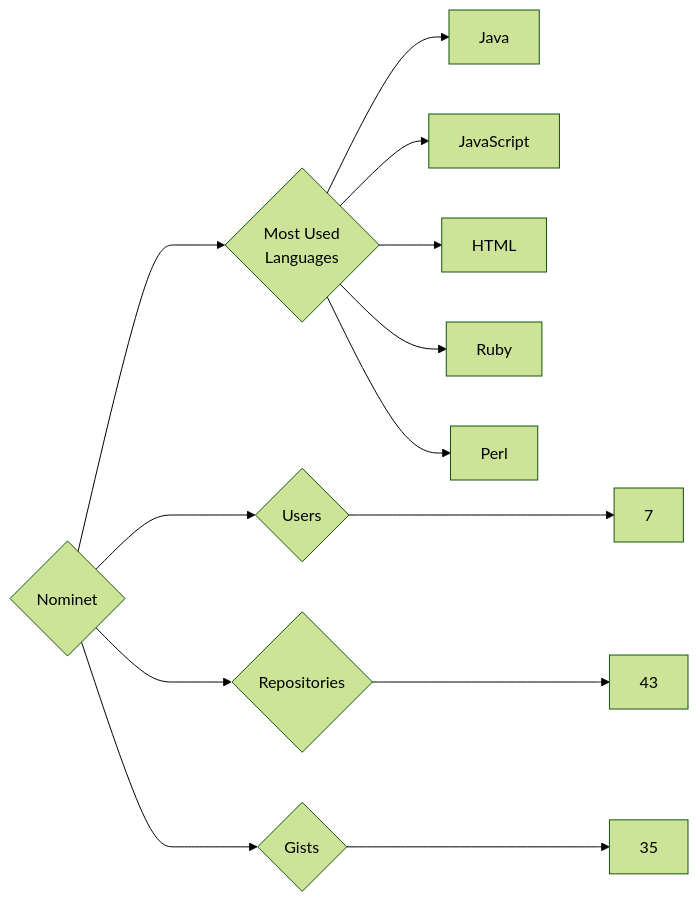
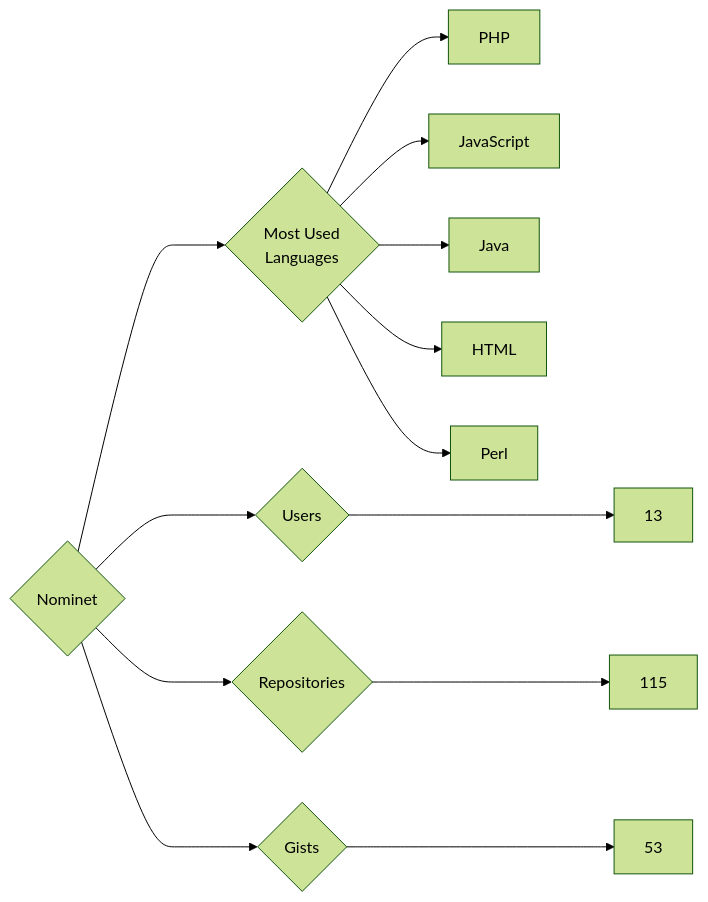
One commit to trickest/insiders changed the diagram in targets/Nominet/README.md. Above: the diagram before and after it, drawn with Mermaid (forest theme). The commit also changed 1484 other files, not shown here.

````diff
--- a/targets/Nominet/README.md
+++ b/targets/Nominet/README.md
@@ -3,13 +3,13 @@
 ```mermaid
 graph LR
 COMPANY_NAME{Nominet}
-COMPANY_NAME ---> U{Users} ---> UN[7]
-COMPANY_NAME ---> R{Repositories} ---> RN[43]
-COMPANY_NAME ---> G{Gists} ---> GN[35]
+COMPANY_NAME ---> U{Users} ---> UN[13]
+COMPANY_NAME ---> R{Repositories} ---> RN[115]
+COMPANY_NAME ---> G{Gists} ---> GN[53]
 COMPANY_NAME ---> ML{Most Used<br>Languages}
+ML --> PHP[PHP]
+ML --> JavaScript[JavaScript]
 ML --> Java[Java]
-ML --> JavaScript[JavaScript]
 ML --> HTML[HTML]
-ML --> Ruby[Ruby]
 ML --> Perl[Perl]
 ```
````
